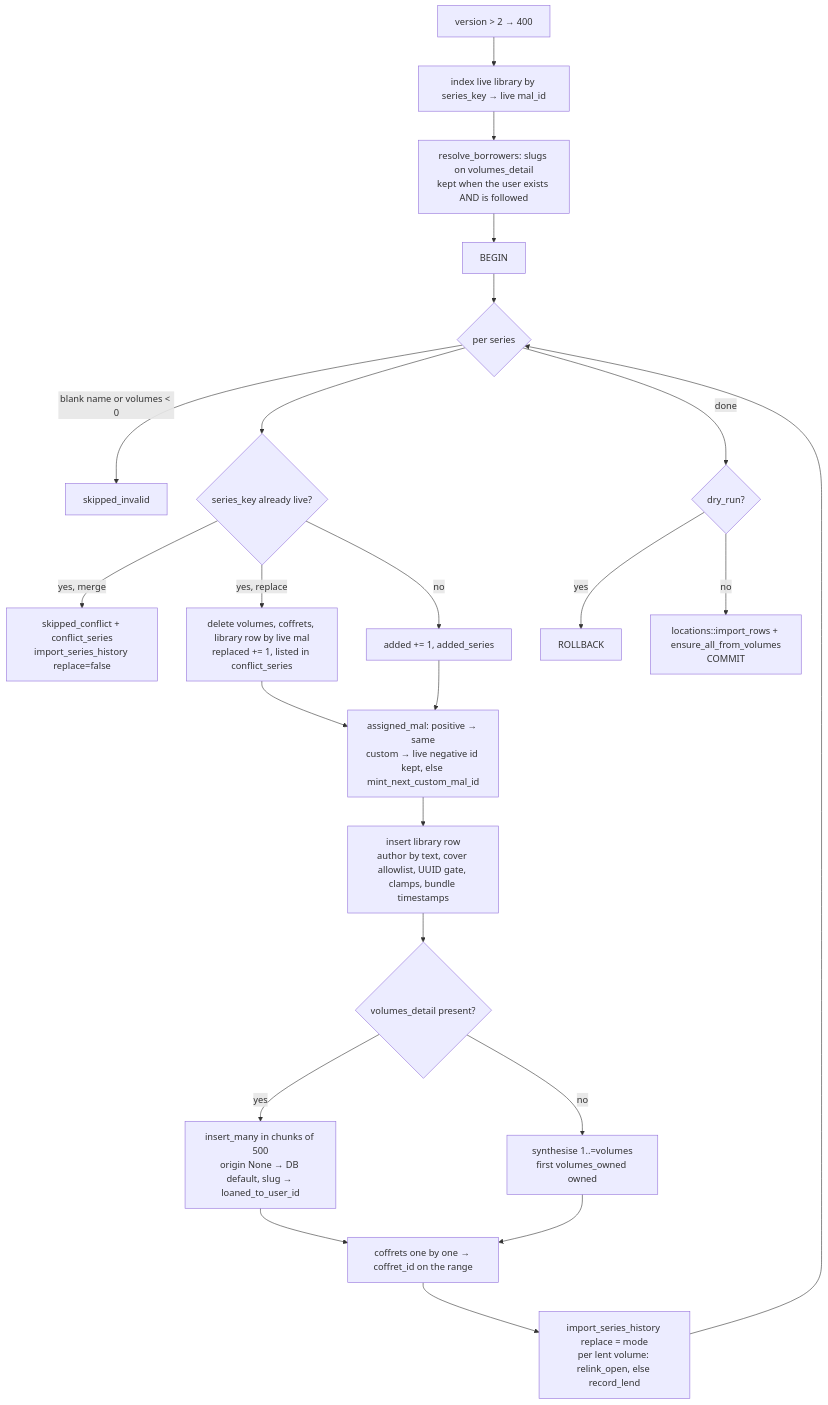
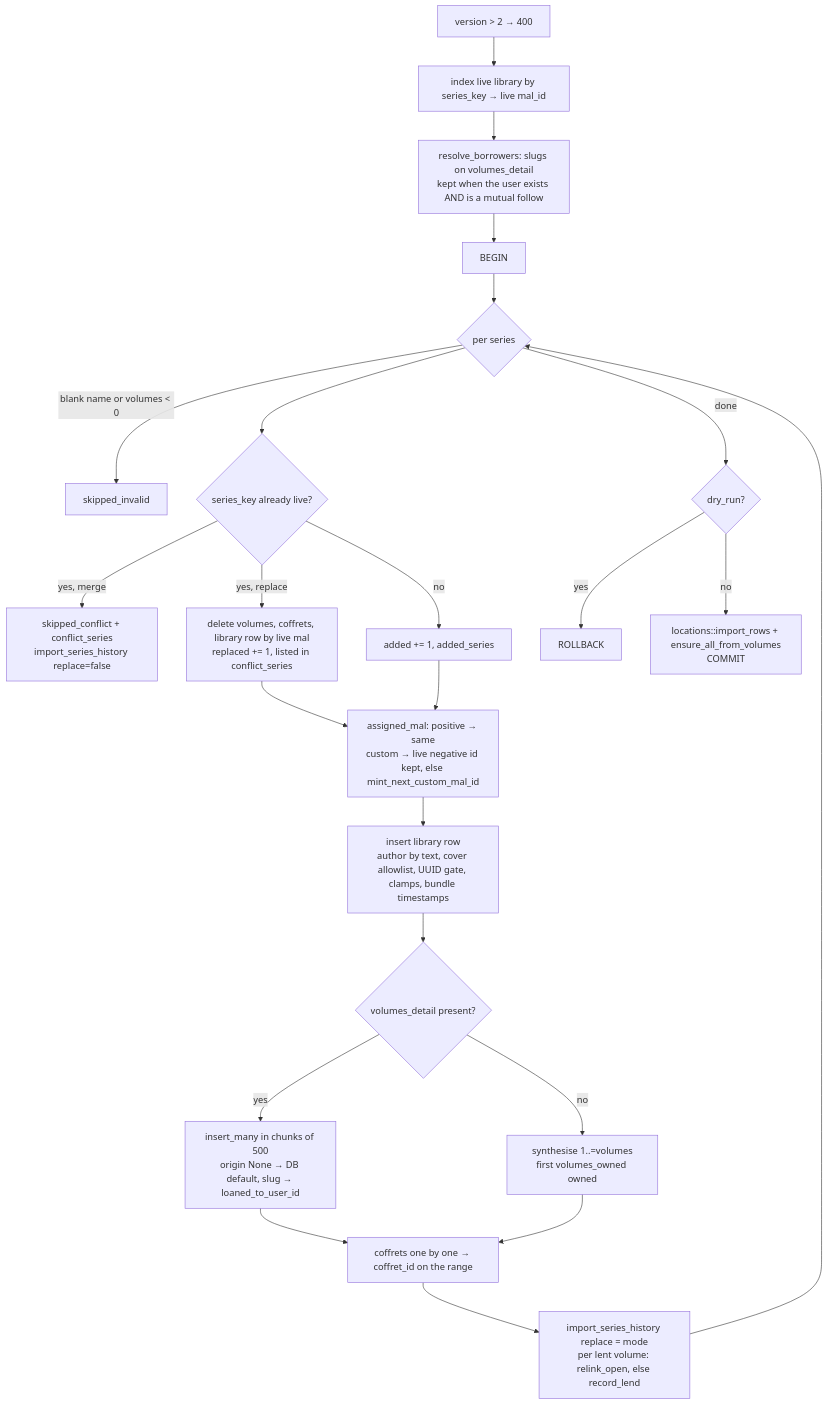
One commit to Dim145/MangaCollector changed the second of 3 diagrams in docs/modules/archive.md. Above: the diagram before and after it, drawn with Mermaid. The commit also changed other lines of this file and 58 other files, not shown here.

````diff
--- a/docs/modules/archive.md
+++ b/docs/modules/archive.md
@@ -152,25 +152,25 @@
 ```mermaid
 flowchart TD
   A[version > 2 → 400] --> B[index live library by series_key → live mal_id]
-  B --> C[resolve_borrowers: slugs on volumes_detail<br/>kept when the user exists AND is followed]
+  B --> C[resolve_borrowers: slugs on volumes_detail<br/>kept when the user exists AND is a mutual follow]
   C --> D[BEGIN]
   D --> E{per series}
   E -- blank name or volumes < 0 --> F[skipped_invalid]
   E --> G{series_key already live?}
   G -- yes, merge --> H[skipped_conflict + conflict_series<br/>import_series_history replace=false]
   G -- yes, replace --> I[delete volumes, coffrets, library row by live mal<br/>replaced += 1, listed in conflict_series]
   G -- no --> J[added += 1, added_series]
   I --> K[assigned_mal: positive → same<br/>custom → live negative id kept, else mint_next_custom_mal_id]
   J --> K
   K --> L[insert library row<br/>author by text, cover allowlist, UUID gate, clamps, bundle timestamps]
   L --> M{volumes_detail present?}
   M -- yes --> N[insert_many in chunks of 500<br/>origin None → DB default, slug → loaned_to_user_id]
   M -- no --> O[synthesise 1..=volumes<br/>first volumes_owned owned]
   N --> P[coffrets one by one → coffret_id on the range]
   O --> P
   P --> Q[import_series_history replace = mode<br/>per lent volume: relink_open, else record_lend]
   Q --> E
   E -- done --> R{dry_run?}
   R -- yes --> S[ROLLBACK]
   R -- no --> T[locations::import_rows + ensure_all_from_volumes<br/>COMMIT]
 ```
````
